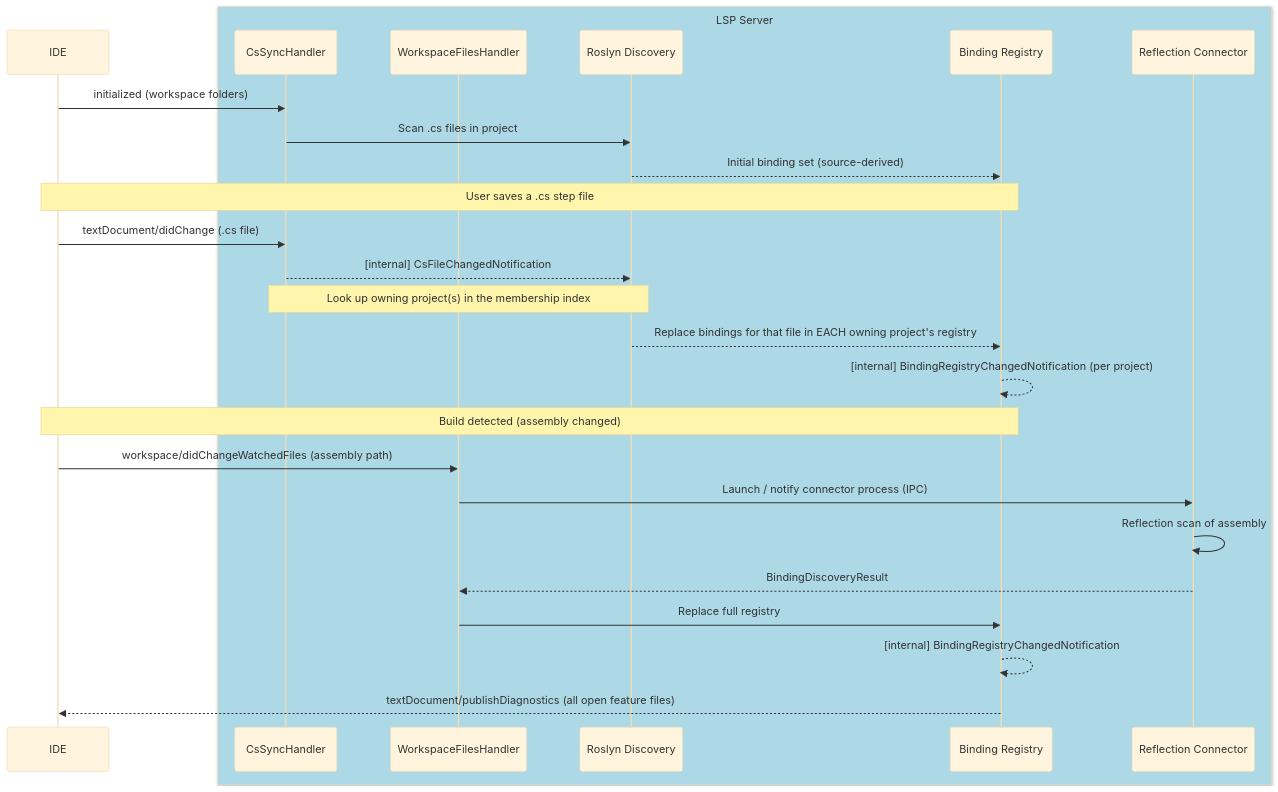
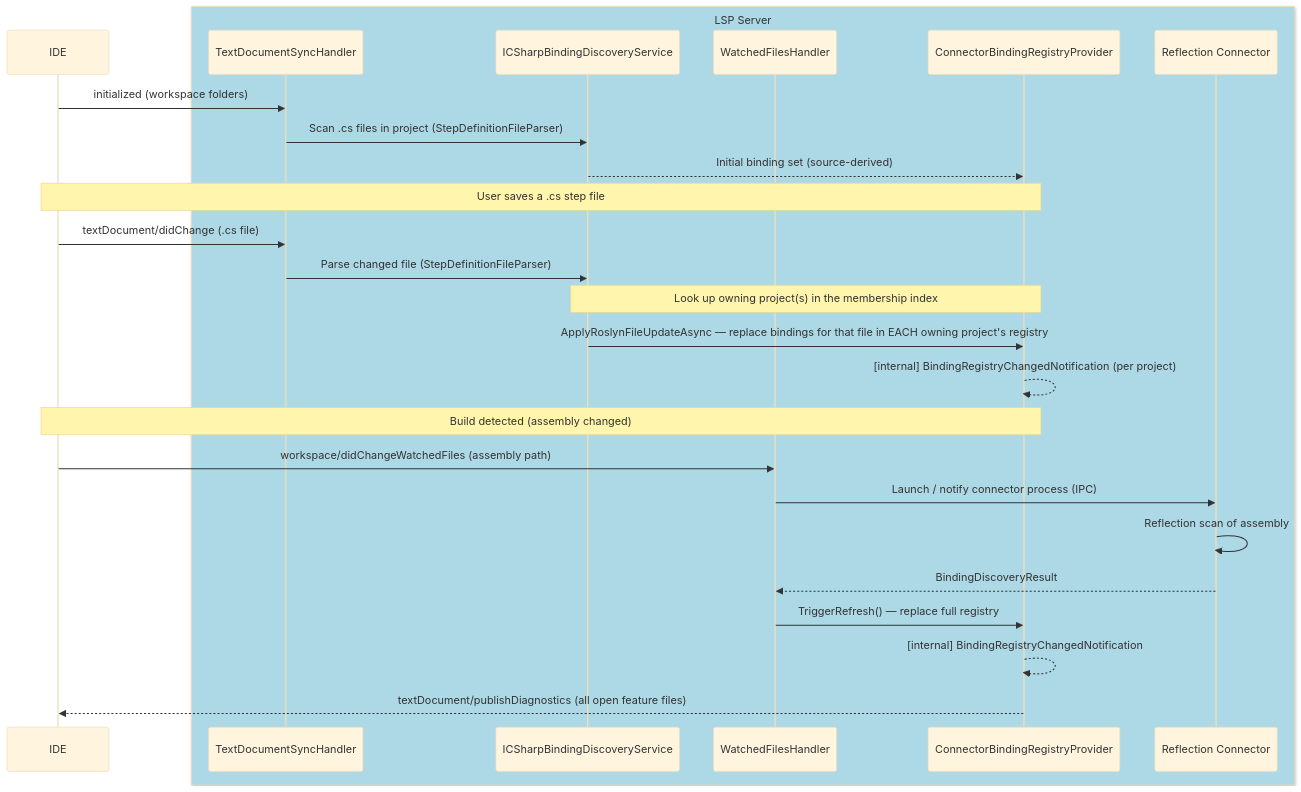
Before and after one commit to clrudolphi/Reqnroll.IdeSupport: the second of 19 diagrams in docs/LSP-IDE-Support-Feature-Designs.md, drawn with Mermaid (base theme). The commit also changed other lines of this file and 1 other file, not shown here.

````diff
--- a/docs/LSP-IDE-Support-Feature-Designs.md
+++ b/docs/LSP-IDE-Support-Feature-Designs.md
@@ -271,32 +269,32 @@
 ```mermaid
 sequenceDiagram
     participant IDE
 
     box LightBlue LSP Server
-        participant CSS as CsSyncHandler
-        participant WFH as WorkspaceFilesHandler
-        participant RD as Roslyn Discovery
-        participant BR as Binding Registry
+        participant TDS as TextDocumentSyncHandler
+        participant CDS as ICSharpBindingDiscoveryService
+        participant WFH as WatchedFilesHandler
+        participant BR as ConnectorBindingRegistryProvider
         participant Connector as Reflection Connector
     end
 
-    IDE->>CSS: initialized (workspace folders)
-    CSS->>RD: Scan .cs files in project
-    RD-->>BR: Initial binding set (source-derived)
+    IDE->>TDS: initialized (workspace folders)
+    TDS->>CDS: Scan .cs files in project (StepDefinitionFileParser)
+    CDS-->>BR: Initial binding set (source-derived)
 
     Note over IDE,BR: User saves a .cs step file
-    IDE->>CSS: textDocument/didChange (.cs file)
-    CSS-->>RD: [internal] CsFileChangedNotification
-    Note over CSS,RD: Look up owning project(s) in the membership index
-    RD-->>BR: Replace bindings for that file in EACH owning project's registry
+    IDE->>TDS: textDocument/didChange (.cs file)
+    TDS->>CDS: Parse changed file (StepDefinitionFileParser)
+    Note over CDS,BR: Look up owning project(s) in the membership index
+    CDS->>BR: ApplyRoslynFileUpdateAsync — replace bindings for that file in EACH owning project's registry
     BR-->>BR: [internal] BindingRegistryChangedNotification (per project)
 
     Note over IDE,BR: Build detected (assembly changed)
     IDE->>WFH: workspace/didChangeWatchedFiles (assembly path)
     WFH->>Connector: Launch / notify connector process (IPC)
     Connector->>Connector: Reflection scan of assembly
     Connector-->>WFH: BindingDiscoveryResult
-    WFH->>BR: Replace full registry
+    WFH->>BR: TriggerRefresh() — replace full registry
     BR-->>BR: [internal] BindingRegistryChangedNotification
     BR-->>IDE: textDocument/publishDiagnostics (all open feature files)
 ```
````
